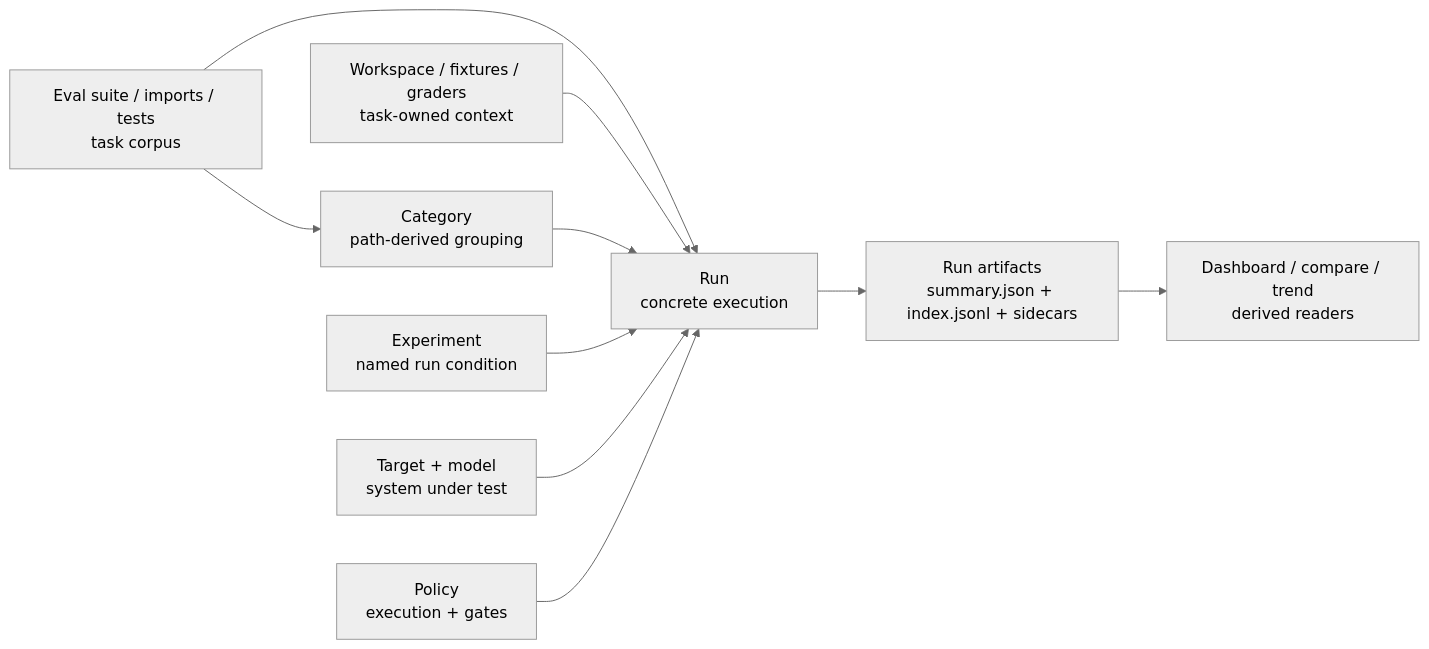
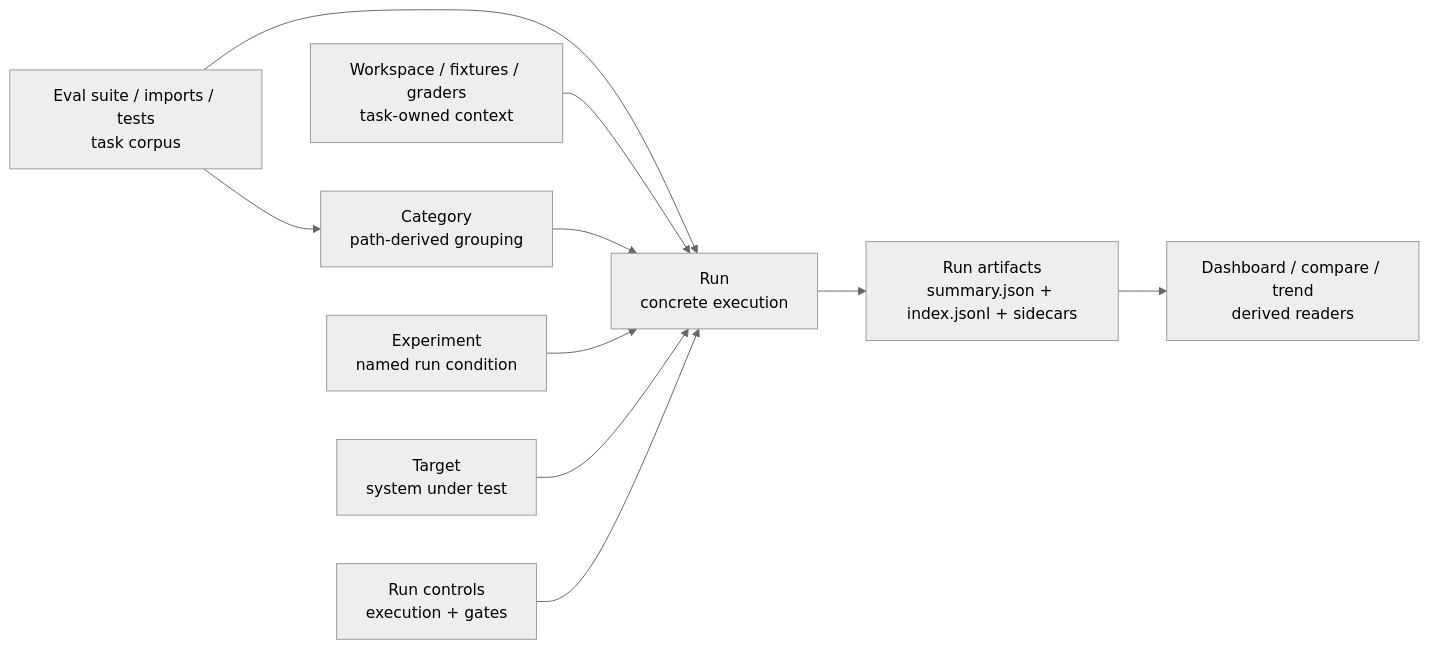
Before and after one commit to EntityProcess/agentv: the diagram in README.md, drawn with Mermaid (neutral theme). The commit also changed other lines of this file and 152 other files, not shown here.

````diff
--- a/README.md
+++ b/README.md
@@ -25,22 +25,22 @@
 ```mermaid
 flowchart LR
   corpus["Eval suite / imports / tests<br/>task corpus"]
   category["Category<br/>path-derived grouping"]
   context["Workspace / fixtures / graders<br/>task-owned context"]
   experiment["Experiment<br/>named run condition"]
-  target["Target + model<br/>system under test"]
-  policy["Policy<br/>execution + gates"]
+  target["Target<br/>system under test"]
+  controls["Run controls<br/>execution + gates"]
   run["Run<br/>concrete execution"]
   artifacts["Run artifacts<br/>summary.json + index.jsonl + sidecars"]
   readers["Dashboard / compare / trend<br/>derived readers"]
 
   corpus --> category
   corpus --> run
   context --> run
   category --> run
   experiment --> run
   target --> run
-  policy --> run
+  controls --> run
   run --> artifacts
   artifacts --> readers
 ```
````
